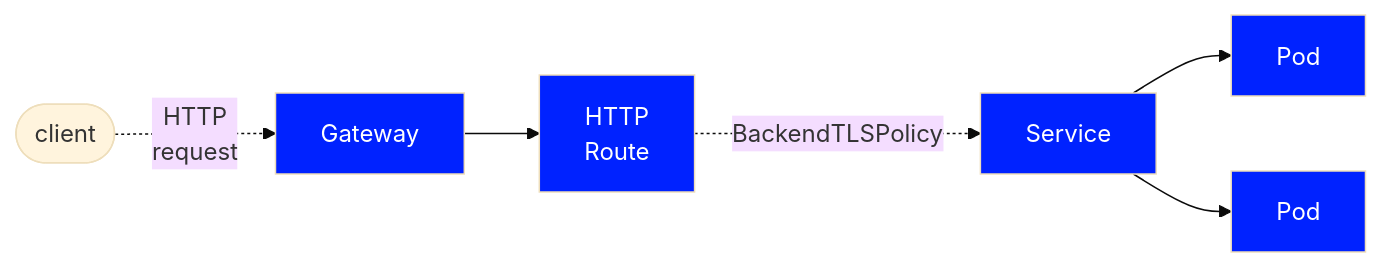
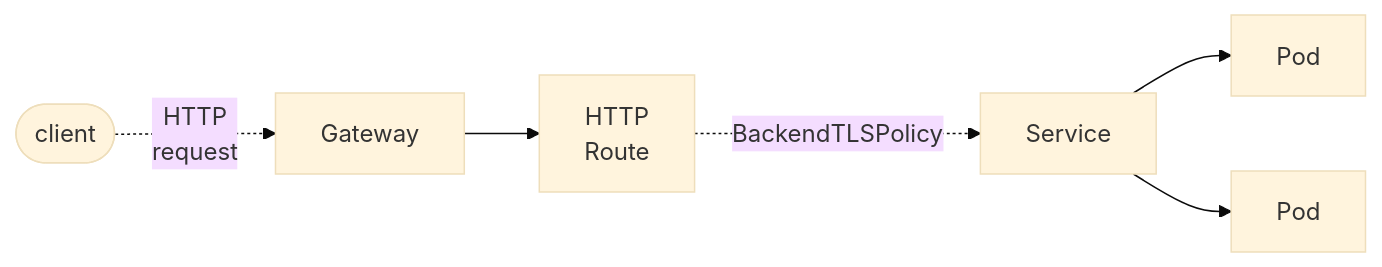
The second of 2 diagrams in site/content/en/latest/api/gateway_api/backendtlspolicy.md (envoyproxy/gateway), drawn with Mermaid (base theme) before and after one commit. The commit also changed other lines of this file and 7 other files, not shown here.

````diff
--- a/site/content/en/latest/api/gateway_api/backendtlspolicy.md
+++ b/site/content/en/latest/api/gateway_api/backendtlspolicy.md
@@ -67,18 +69,13 @@
 ```mermaid
 flowchart LR
     client(["client"])
     gateway["Gateway"]
-    style gateway fill:#02f,color:#fff
     httproute["HTTP<BR>Route"]
-    style httproute fill:#02f,color:#fff
     service["Service"]
-    style service fill:#02f,color:#fff
     pod1["Pod"]
-    style pod1 fill:#02f,color:#fff
     pod2["Pod"]
-    style pod2 fill:#02f,color:#fff
     client -.->|HTTP <br> request| gateway
     gateway --> httproute
     httproute -.->|BackendTLSPolicy|service
     service --> pod1 & pod2
 ```
````
